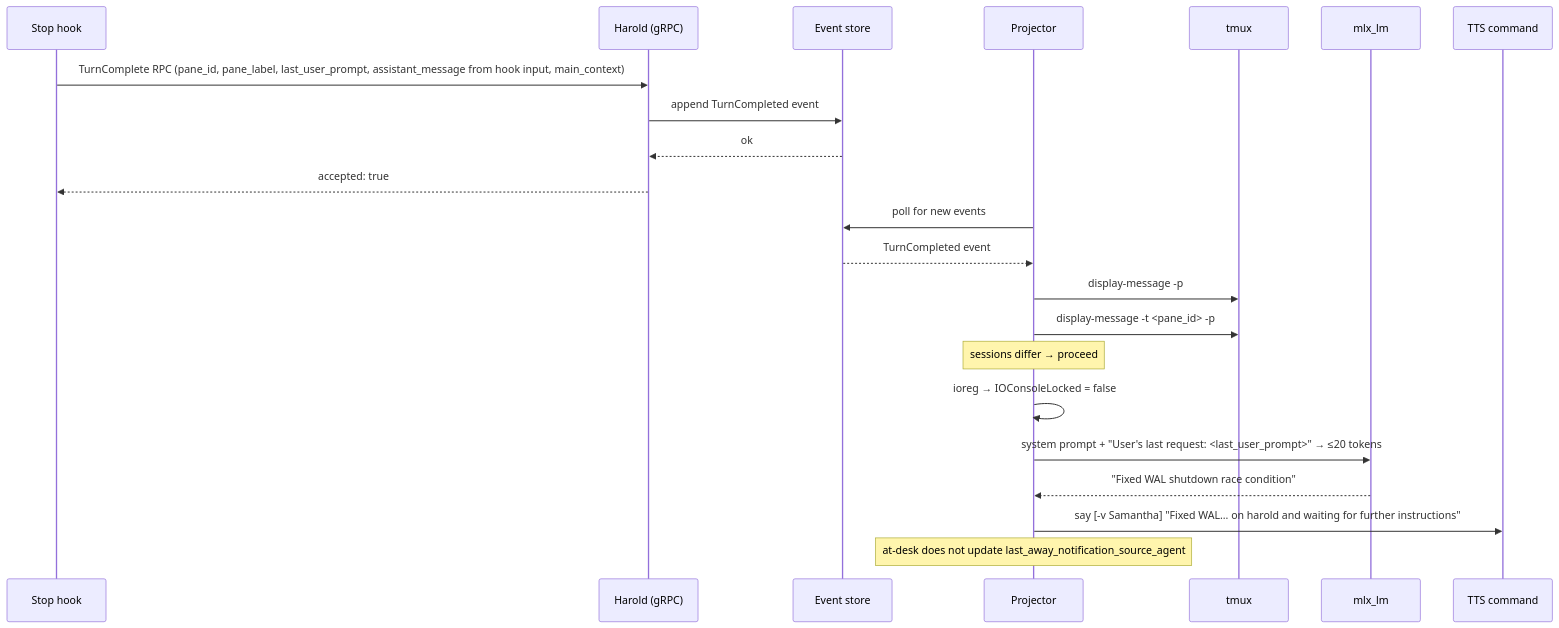
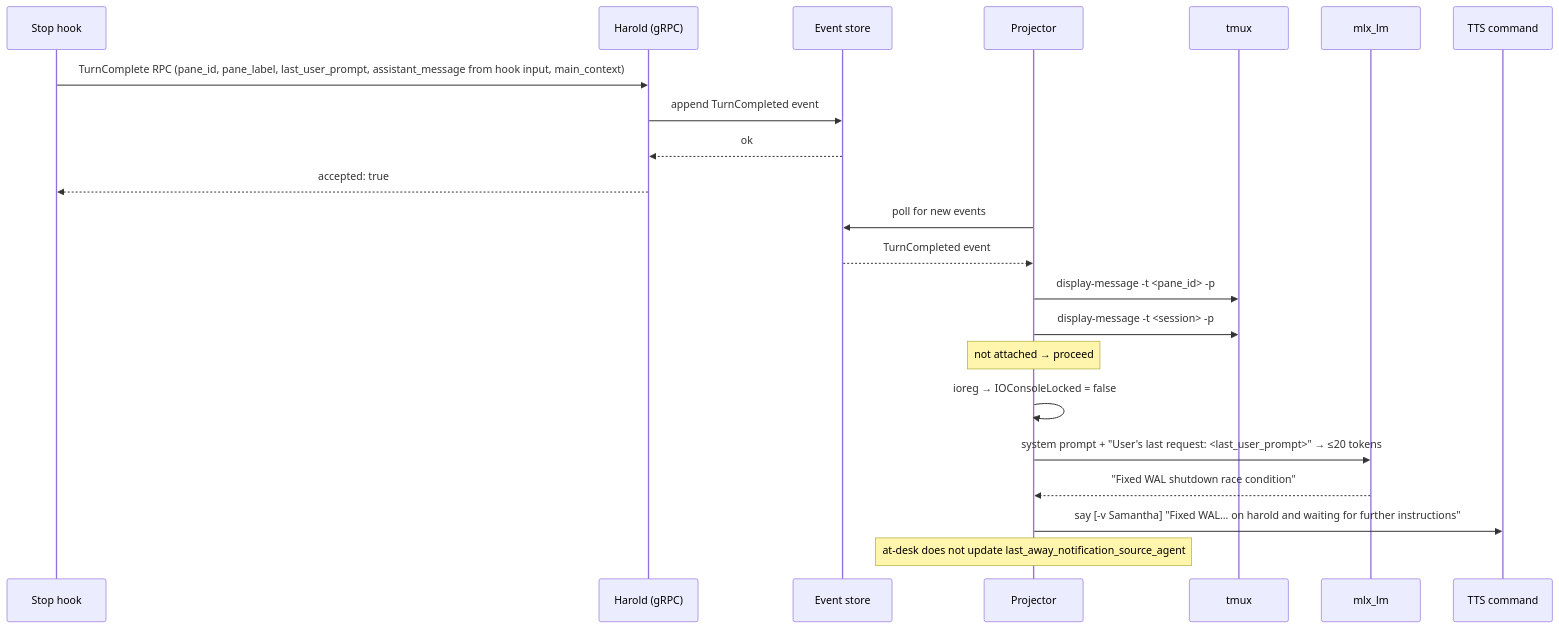
The first of 2 diagrams in docs/references/notification/README.md (kahgeh/harold), drawn with Mermaid before and after one commit. The commit also changed other lines of this file and 1 other file, not shown here.

First line of the commit message:
docs: update notification docs to reflect session_attached and pane skip

````diff
--- a/docs/references/notification/README.md
+++ b/docs/references/notification/README.md
@@ -85,26 +87,26 @@
 ```mermaid
 sequenceDiagram
     participant Hook as Stop hook
     participant gRPC as Harold (gRPC)
     participant Store as Event store
     participant Projector
     participant Tmux as tmux
     participant LocalModel as mlx_lm
     participant TTS as TTS command
 
     Hook->>gRPC: TurnComplete RPC (pane_id, pane_label, last_user_prompt, assistant_message from hook input, main_context)
     gRPC->>Store: append TurnCompleted event
     Store-->>gRPC: ok
     gRPC-->>Hook: accepted: true
 
     Projector->>Store: poll for new events
     Store-->>Projector: TurnCompleted event
-    Projector->>Tmux: display-message -p #{session_name} → active session
-    Projector->>Tmux: display-message -t <pane_id> -p #{session_name} → pane session
-    note over Projector: sessions differ → proceed
+    Projector->>Tmux: display-message -t <pane_id> -p #{session_name} → session
+    Projector->>Tmux: display-message -t <session> -p #{session_attached} → attached?
+    note over Projector: not attached → proceed
     Projector->>Projector: ioreg → IOConsoleLocked = false
     Projector->>LocalModel: system prompt + "User's last request: <last_user_prompt>" → ≤20 tokens
     LocalModel-->>Projector: "Fixed WAL shutdown race condition"
     Projector->>TTS: say [-v Samantha] "Fixed WAL... on harold and waiting for further instructions"
     note over Projector: at-desk does not update last_away_notification_source_agent
 ```
````
